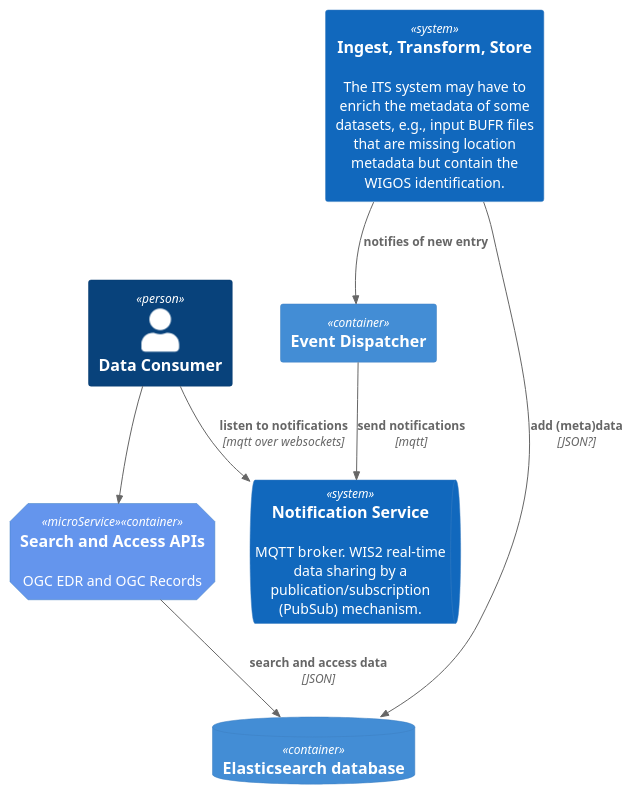
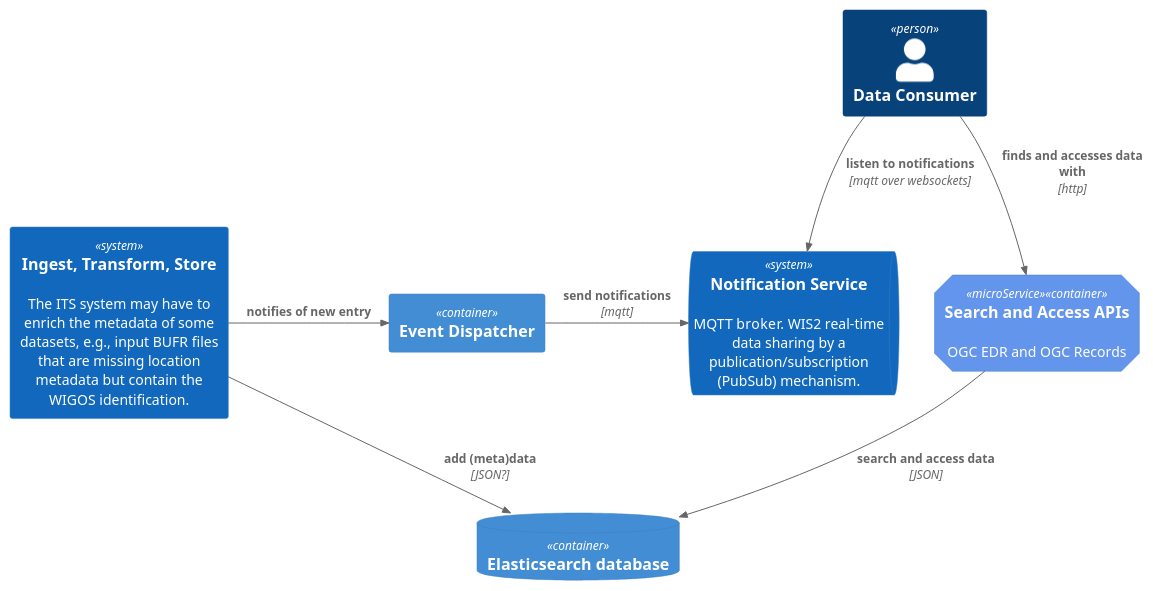
The diagram in poc-experiments/datastore-choices/container-elastic-data-store-conventional.puml (EURODEO/e-soh-poc-report), drawn with PlantUML before and after one commit. The commit also changed 2 other files, not shown here.

Commit message:
Fix puml-diagrams before removal :)

```diff
--- a/poc-experiments/datastore-choices/container-elastic-data-store-conventional.puml
+++ b/poc-experiments/datastore-choices/container-elastic-data-store-conventional.puml
@@ -1,29 +1,27 @@
 @startuml "c4-container-relational-data-store"
 !include https://raw.githubusercontent.com/plantuml-stdlib/C4-PlantUML/master/C4_Container.puml
 
 '1C
 
 AddElementTag("microService", $shape=EightSidedShape(), $bgColor="CornflowerBlue", $fontColor="white", $legendText="micro service\neight sided")
 
 Person(consumer, "Data Consumer")
 
 System(its, "Ingest, Transform, Store", "The ITS system may have to enrich the metadata of some datasets, e.g., input BUFR files that are missing location metadata but contain the WIGOS identification.")
 
 SystemQueue(queue, "Notification Service", "MQTT broker. WIS2 real-time data sharing by a publication/subscription (PubSub) mechanism.")
 
 Container(edr, "Search and Access APIs", "", "OGC EDR and OGC Records", $tags = "microService")
 ContainerDb(db, "Elasticsearch database")
 Container(eventsender, "Event Dispatcher")
-Rel(its, db, "add (meta)data", "JSON?")
-Rel(its, eventsender, "notifies of new entry")
-Rel(eventsender, queue, "send notifications", "mqtt")
+
+Rel_R(its, db, "add (meta)data", "JSON?")
+Rel_R(its, eventsender, "notifies of new entry")
+Rel_R(eventsender, queue, "send notifications", "mqtt")
 
 Rel(consumer, queue, "listen to notifications", "mqtt over websockets")
 
 Rel(edr, db, "search and access data", "JSON")
-Rel(consumer, edr, "", "")
-/'
-Lay_R(consumer, edr)
+Rel(consumer, edr, "finds and accesses data with", "http")
 
-'/
 @enduml
```
